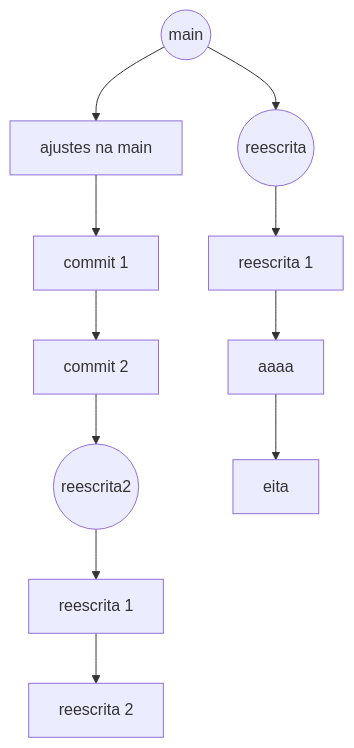
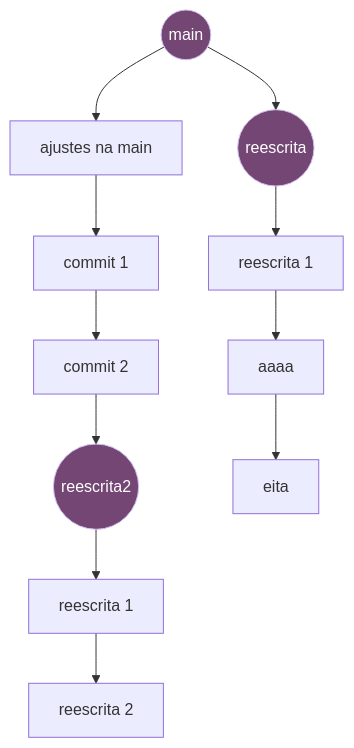
The second of 2 diagrams in git/pull-request-strategy.md (Hysumi/team-patterns), drawn with Mermaid before and after one commit. The commit also changed other lines of this file, not shown here.

Commit message:
:lipstick: style(prpattern):change graph color

````diff
--- a/git/pull-request-strategy.md
+++ b/git/pull-request-strategy.md
@@ -177,14 +182,17 @@
 ```mermaid
 graph TD;
     main((main))-->main1[ajustes na main];
     main1[ajustes na main]-->main2[commit 1];
     main2[commit 1]-->main3[commit 2];
     main3[commit 2]-->rewrite2((reescrita2))
     rewrite2((reescrita2))-->rewrite3[reescrita 1]
     rewrite3[reescrita 1]-->rewrite4[reescrita 2]
     main((main))-->rewrite((reescrita));
     rewrite((reescrita))-->rewrite5[reescrita 1];
     rewrite5[reescrita 1]--> aaaa;
     aaaa-->eita
+
+    classDef A color:#fff,fill:#744673,stroke:#d2bff0
+    class main,rewrite,rewrite2 A
     
 ```
````
